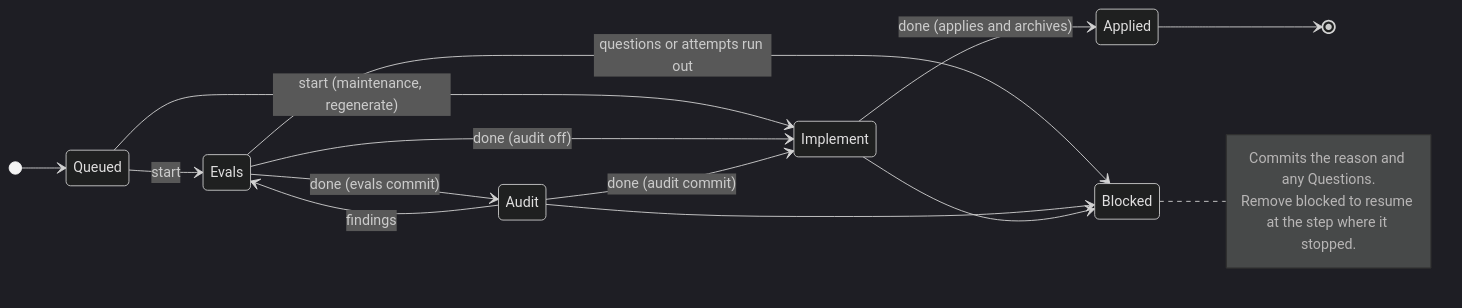
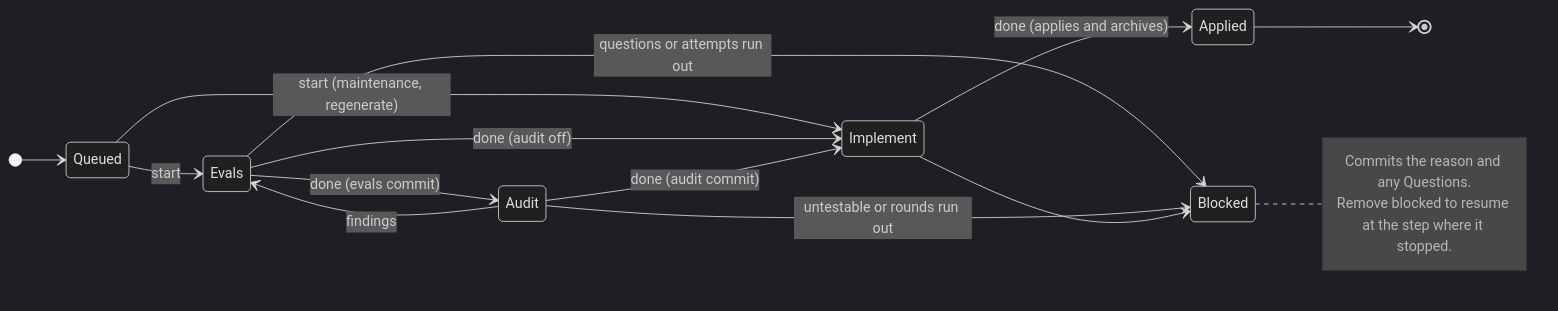
Before and after one commit to lurkshark/fireweed: the diagram in fireweed-design-v1.md, drawn with Mermaid (dark theme). The commit also changed other lines of this file, not shown here.

````diff
--- a/fireweed-design-v1.md
+++ b/fireweed-design-v1.md
@@ -207,20 +213,20 @@
 ```mermaid
 stateDiagram-v2
     direction LR
     [*] --> Queued
     Queued --> Evals: start
     Queued --> Implement: start (maintenance, regenerate)
     Evals --> Audit: done (evals commit)
     Evals --> Implement: done (audit off)
     Audit --> Evals: findings
     Audit --> Implement: done (audit commit)
     Implement --> Applied: done (applies and archives)
     Applied --> [*]
     Evals --> Blocked: questions or attempts run out
-    Audit --> Blocked
+    Audit --> Blocked: untestable or rounds run out
     Implement --> Blocked
     note right of Blocked
         Commits the reason and any Questions.
         Remove blocked to resume at the step where it stopped.
     end note
 ```
````
